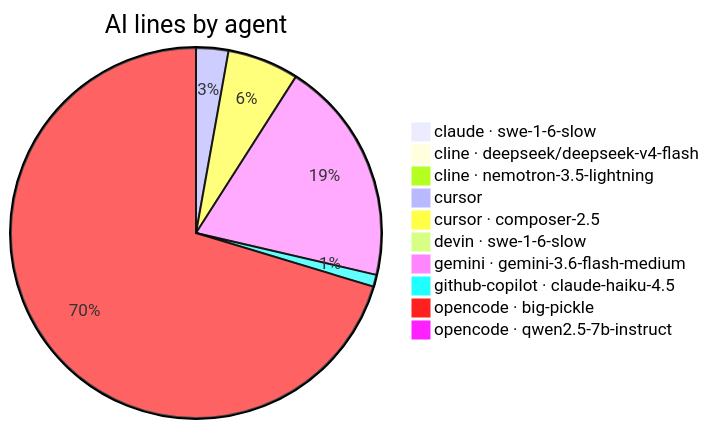
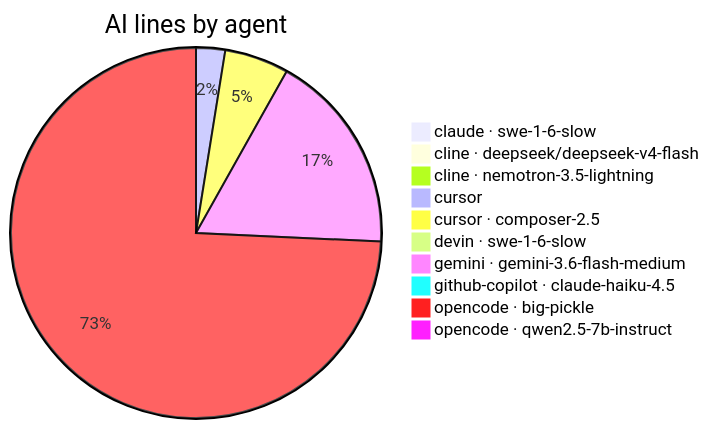
One commit to CaliMark/game-of-life changed the second of 2 diagrams in AI-AUTHORSHIP.md. Above: the diagram before and after it, drawn with Mermaid. The commit also changed other lines of this file, not shown here.

````diff
--- a/AI-AUTHORSHIP.md
+++ b/AI-AUTHORSHIP.md
@@ -27,13 +27,13 @@
 ```mermaid
 pie title AI lines by agent
     "claude · swe-1-6-slow" : 1
     "cline · deepseek/deepseek-v4-flash" : 1
     "cline · nemotron-3.5-lightning" : 1
     "cursor" : 19
     "cursor · composer-2.5" : 42
     "devin · swe-1-6-slow" : 1
     "gemini · gemini-3.6-flash-medium" : 132
     "github-copilot · claude-haiku-4.5" : 7
-    "opencode · big-pickle" : 474
+    "opencode · big-pickle" : 557
     "opencode · qwen2.5-7b-instruct" : 3
 ```
````
